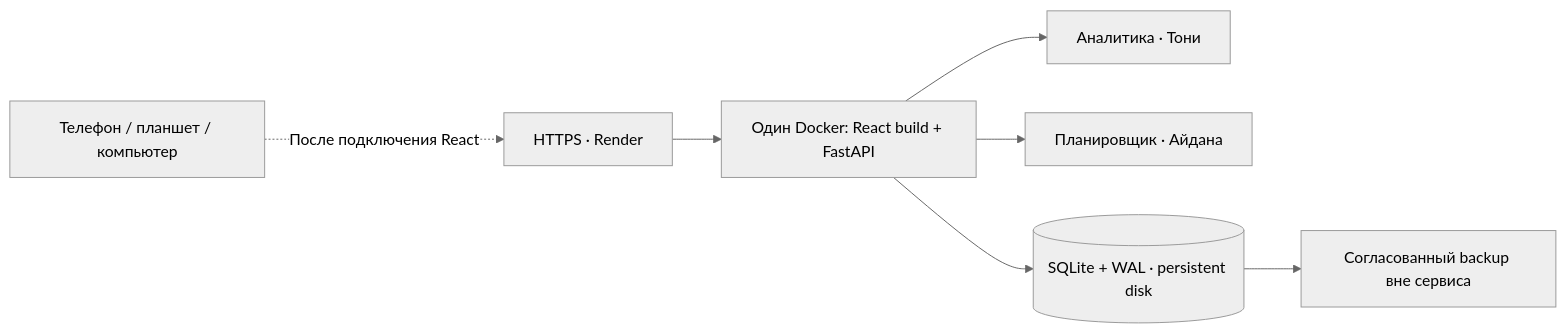
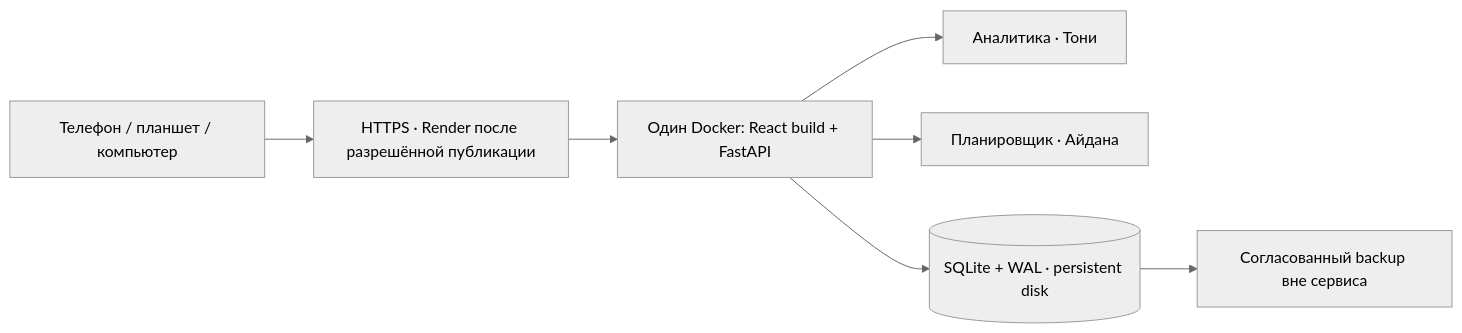
The diagram in README.md (bekzatwr/data-driven-curriculum), drawn with Mermaid (neutral theme) before and after one commit. The commit also changed other lines of this file and 10 other files, not shown here.

````diff
--- a/README.md
+++ b/README.md
@@ -118,9 +134,9 @@
 ```mermaid
 flowchart LR
-    Device["Телефон / планшет / компьютер"] -. "После подключения React" .-> TLS["HTTPS · Render"]
+    Device["Телефон / планшет / компьютер"] --> TLS["HTTPS · Render после разрешённой публикации"]
     TLS --> App["Один Docker: React build + FastAPI"]
     App --> Analytics["Аналитика · Тони"]
     App --> Planner["Планировщик · Айдана"]
     App --> DB[("SQLite + WAL · persistent disk")]
     DB --> Backup["Согласованный backup вне сервиса"]
 ```
````
